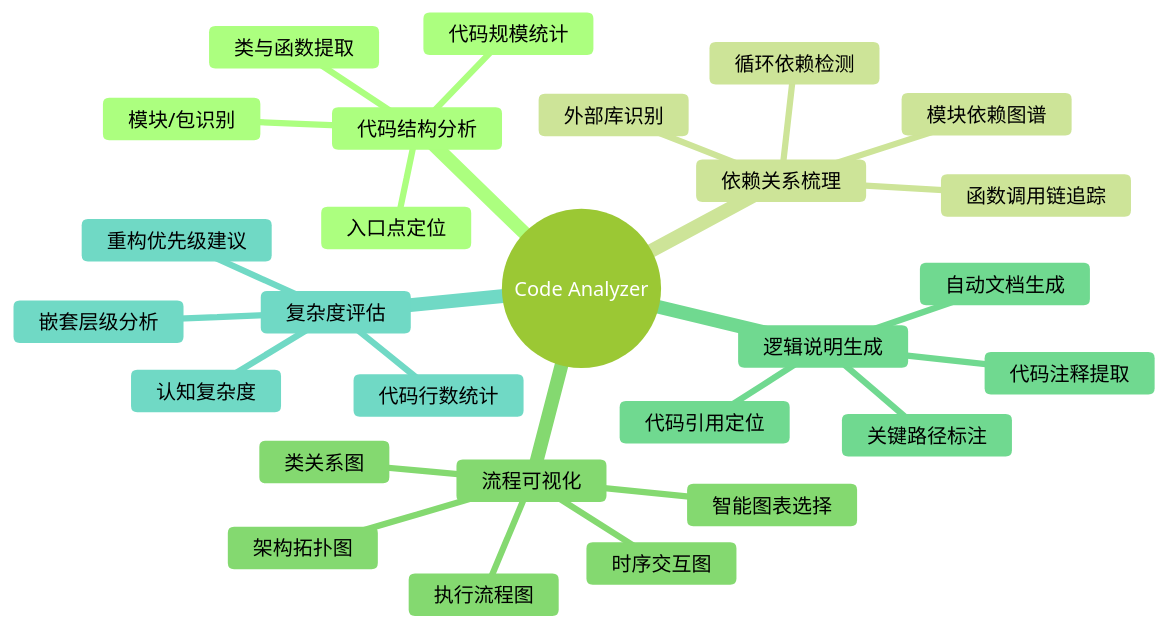
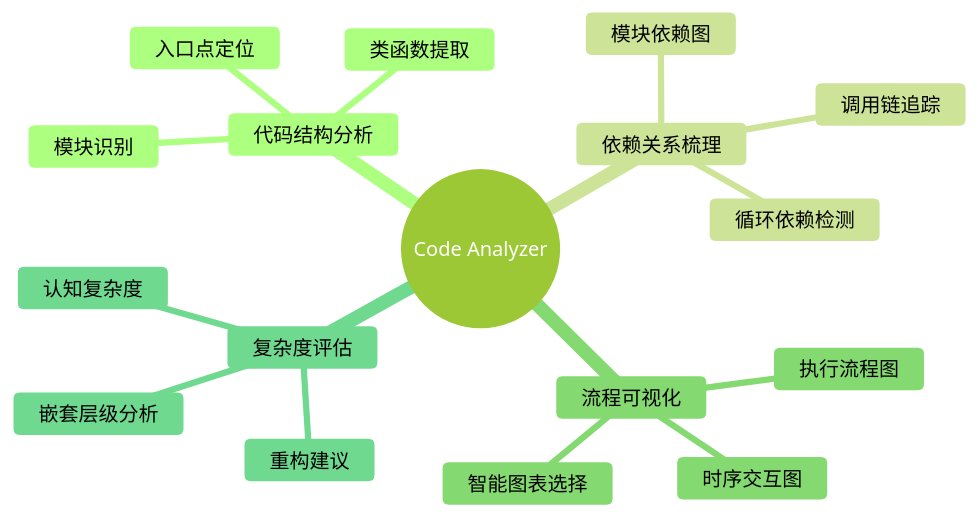
The first of 7 diagrams in agents/code-analyzer.md (JIA-ss/agents), drawn with Mermaid (forest theme) before and after one commit. The commit also changed other lines of this file and 4 other files, not shown here.

````diff
--- a/agents/code-analyzer.md
+++ b/agents/code-analyzer.md
@@ -29,30 +22,20 @@
 ```mermaid
 mindmap
   root((Code Analyzer))
     代码结构分析
-      模块/包识别
-      类与函数提取
+      模块识别
+      类函数提取
       入口点定位
-      代码规模统计
     依赖关系梳理
-      函数调用链追踪
-      模块依赖图谱
+      调用链追踪
+      模块依赖图
       循环依赖检测
-      外部库识别
     流程可视化
       执行流程图
       时序交互图
-      类关系图
-      架构拓扑图
       智能图表选择
-    逻辑说明生成
-      自动文档生成
-      代码注释提取
-      关键路径标注
-      代码引用定位
     复杂度评估
       嵌套层级分析
-      代码行数统计
       认知复杂度
-      重构优先级建议
+      重构建议
 ```
````
